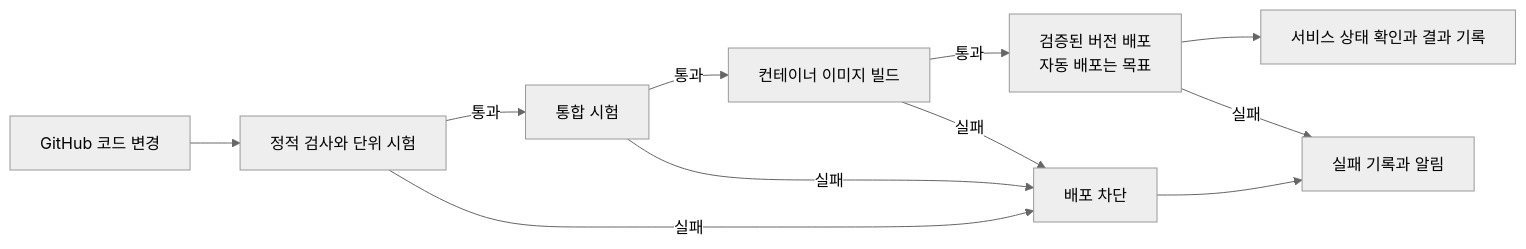
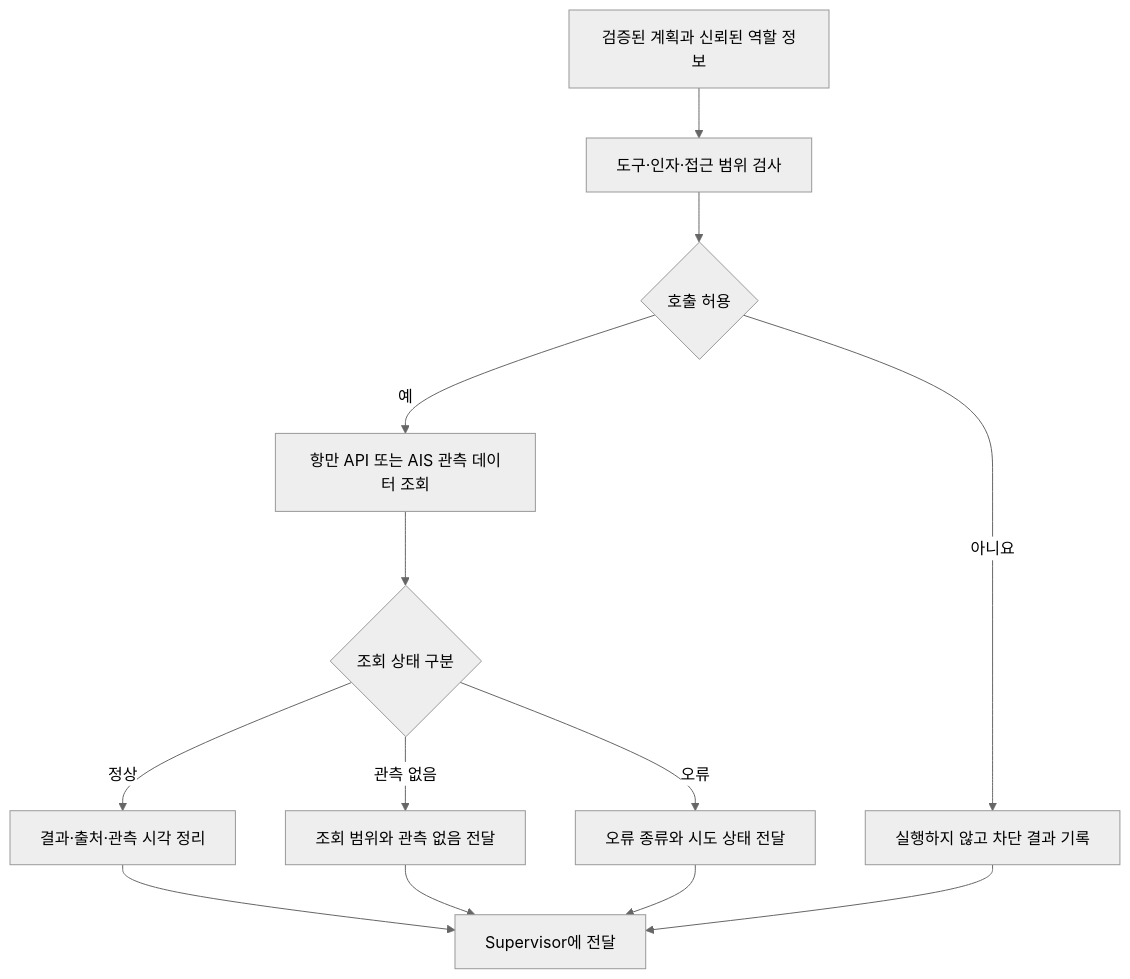
The sixth of 9 diagrams in docs/PRD.md (ac9989/2026-aio2-p3-ChargePin), drawn with Mermaid (neutral theme) before and after one commit. The commit also changed other lines of this file, not shown here.

````diff
--- a/docs/PRD.md
+++ b/docs/PRD.md
@@ -349,13 +468,15 @@
 ```mermaid
-flowchart LR
-    A["GitHub 코드 변경"] --> B["정적 검사와 단위 시험"]
-    B -->|"통과"| C["통합 시험"]
-    C -->|"통과"| D["컨테이너 이미지 빌드"]
-    D -->|"통과"| E["검증된 버전 배포<br/>자동 배포는 목표"]
-    E --> H["서비스 상태 확인과 결과 기록"]
-    B -->|"실패"| X["배포 차단"]
-    C -->|"실패"| X
-    D -->|"실패"| X
-    E -->|"실패"| N["실패 기록과 알림"]
-    X --> N
+flowchart TD
+    a["검증된 계획과 신뢰된 역할 정보"] --> b["도구·인자·접근 범위 검사"]
+    b --> c{"호출 허용"}
+    c -->|"예"| d["항만 API 또는 AIS 관측 데이터 조회"]
+    c -->|"아니요"| x["실행하지 않고 차단 결과 기록"]
+    d --> e{"조회 상태 구분"}
+    e -->|"정상"| f["결과·출처·관측 시각 정리"]
+    e -->|"관측 없음"| g["조회 범위와 관측 없음 전달"]
+    e -->|"오류"| h["오류 종류와 시도 상태 전달"]
+    f --> z["Supervisor에 전달"]
+    g --> z
+    h --> z
+    x --> z
 ```
````
